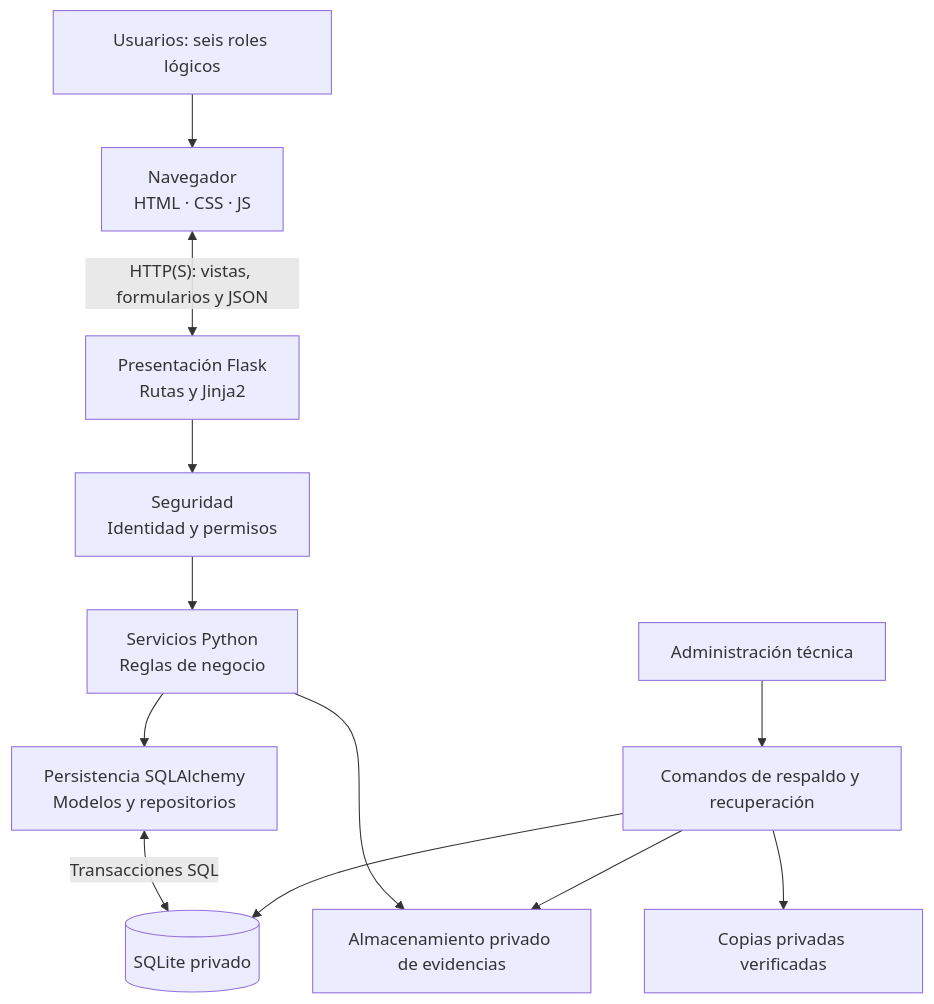
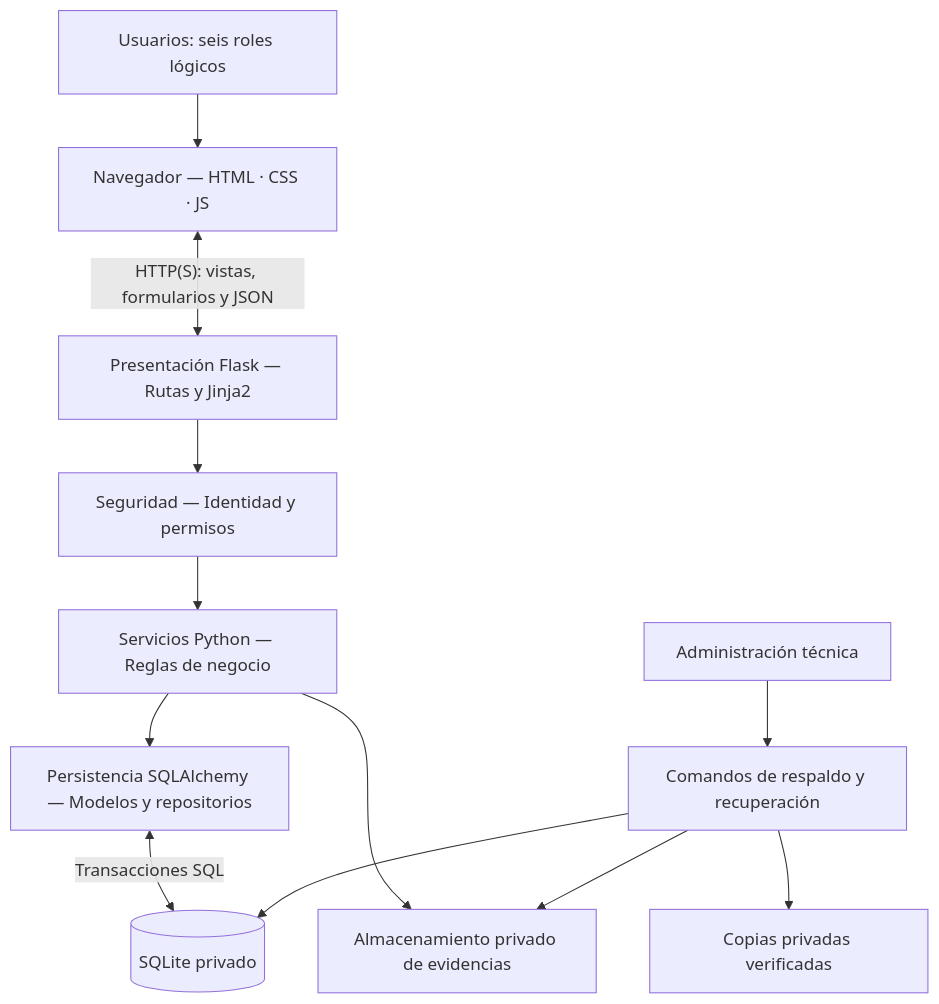
Before and after one commit to MartinValenzu/SISTEMA-DE-GESTION-DE-CALIDAD-QualityPrint-FICTICIA-: the first of 2 diagrams in docs/04_diseno/DOC-QP-014_diseno_de_arquitectura.md, drawn with Mermaid. The commit also changed other lines of this file, not shown here.

Commit message:
Precisar diagramas y auditoría de operaciones rechazadas

````diff
--- a/docs/04_diseno/DOC-QP-014_diseno_de_arquitectura.md
+++ b/docs/04_diseno/DOC-QP-014_diseno_de_arquitectura.md
@@ -204,14 +204,14 @@
 ```mermaid
 flowchart TD
- U["Usuarios: seis roles lógicos"] --> B["Navegador<br/>HTML · CSS · JS"]
- B <-->|"HTTP(S): vistas, formularios y JSON"| R["Presentación Flask<br/>Rutas y Jinja2"]
- R --> S["Seguridad<br/>Identidad y permisos"]
- S --> N["Servicios Python<br/>Reglas de negocio"]
- N --> P["Persistencia SQLAlchemy<br/>Modelos y repositorios"]
+ U["Usuarios: seis roles lógicos"] --> B["Navegador — HTML · CSS · JS"]
+ B <-->|"HTTP(S): vistas, formularios y JSON"| R["Presentación Flask — Rutas y Jinja2"]
+ R --> S["Seguridad — Identidad y permisos"]
+ S --> N["Servicios Python — Reglas de negocio"]
+ N --> P["Persistencia SQLAlchemy — Modelos y repositorios"]
  P <-->|"Transacciones SQL"| DB[("SQLite privado")]
  N --> E["Almacenamiento privado de evidencias"]
  O["Administración técnica"] --> C["Comandos de respaldo y recuperación"]
  C --> DB
  C --> E
  C --> BK["Copias privadas verificadas"]
 ```
````
